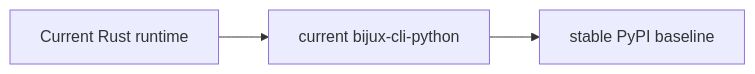
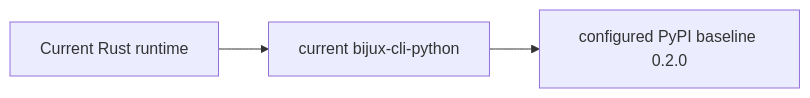
One commit to bijux/bijux-cli changed the second of 2 diagrams in docs/06-reference/integrations-and-routed-runtimes.md. Above: the diagram before and after it, drawn with Mermaid. The commit also changed other lines of this file and 3 other files, not shown here.

````diff
--- a/docs/06-reference/integrations-and-routed-runtimes.md
+++ b/docs/06-reference/integrations-and-routed-runtimes.md
@@ -17,5 +17,5 @@
 ```mermaid
 flowchart LR
     A[Current Rust runtime] --> B[current bijux-cli-python]
-    B --> C[stable PyPI baseline]
+    B --> C[configured PyPI baseline 0.2.0]
 ```
````
